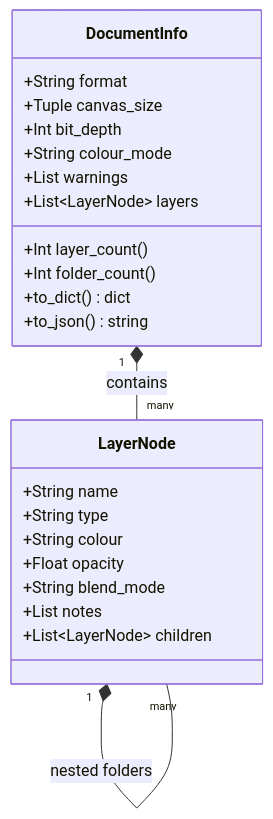
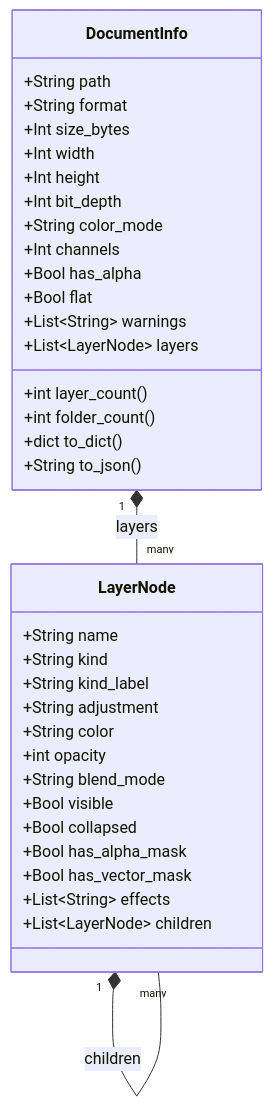
The second of 3 diagrams in README.md (cuarentaysiete/ca-pa), drawn with Mermaid before and after one commit. The commit also changed other lines of this file, not shown here.

First line of the commit message:
README: redraw the mermaid diagrams and document the 8-bit limit

````diff
--- a/README.md
+++ b/README.md
@@ -119,28 +119,40 @@
 ```mermaid
 classDiagram
     class DocumentInfo {
+        +String path
         +String format
-        +Tuple canvas_size
+        +Int size_bytes
+        +Int width
+        +Int height
         +Int bit_depth
-        +String colour_mode
-        +Int layer_count()
-        +Int folder_count()
-        +List warnings
+        +String color_mode
+        +Int channels
+        +Bool has_alpha
+        +Bool flat
+        +List~String~ warnings
         +List~LayerNode~ layers
-        +to_dict() dict
-        +to_json() string
+        +int layer_count()
+        +int folder_count()
+        +dict to_dict()
+        +String to_json()
     }
-    
+
     class LayerNode {
         +String name
-        +String type
-        +String colour
-        +Float opacity
+        +String kind
+        +String kind_label
+        +String adjustment
+        +String color
+        +int opacity
         +String blend_mode
-        +List notes
+        +Bool visible
+        +Bool collapsed
+        +Bool has_alpha_mask
+        +Bool has_vector_mask
+        +List~String~ effects
         +List~LayerNode~ children
     }
-    
-    DocumentInfo "1" *-- "many" LayerNode : contains
-    LayerNode "1" *-- "many" LayerNode : nested folders
+
+    DocumentInfo "1" *-- "many" LayerNode : layers
+    LayerNode "1" *-- "many" LayerNode : children
 ```
````
